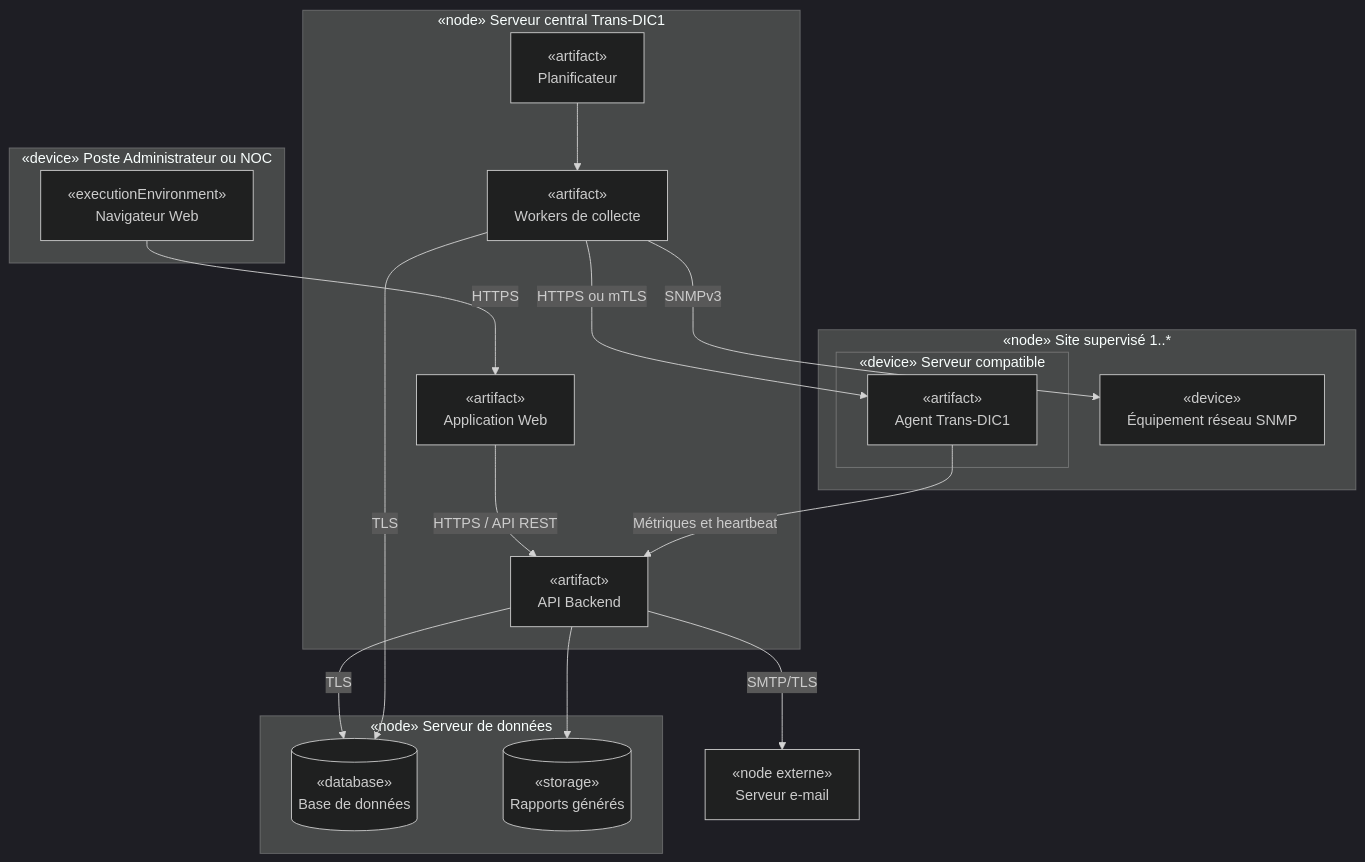
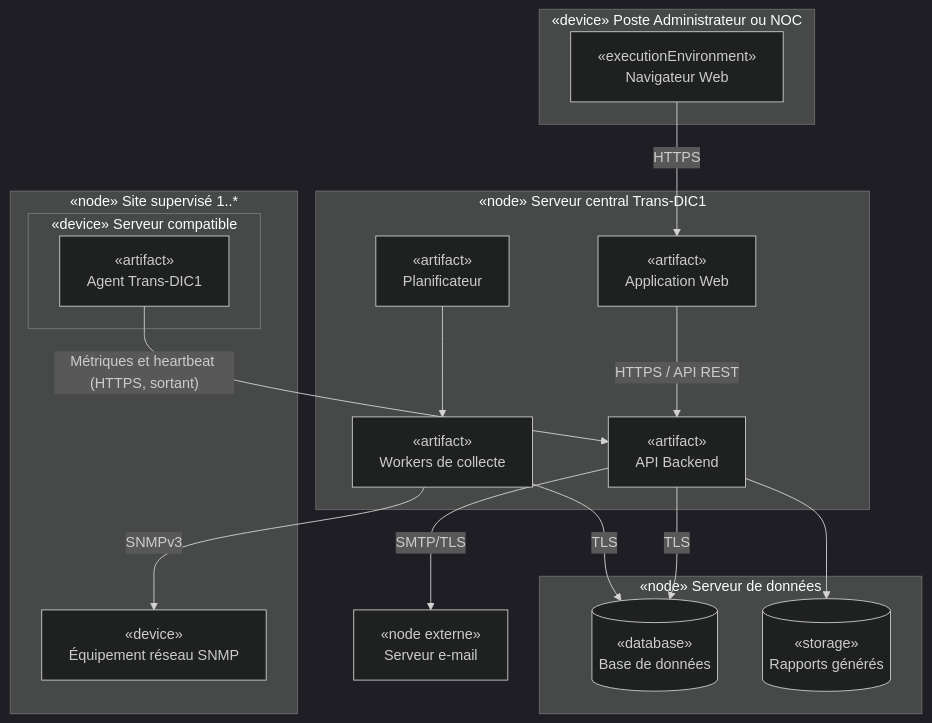
The diagram in docs/architecture/diagrams/07-deployment/trans-dic1-target.mmd (boubacarsidibe/Trans-DIC1), drawn with Mermaid (dark theme) before and after one commit. The commit also changed 19 other files, not shown here.

First line of the commit message:
docs: ajouter les ADR 0002 à 0006, le dossier d'architecture et aligner les diagrammes

```diff
--- a/docs/architecture/diagrams/07-deployment/trans-dic1-target.mmd
+++ b/docs/architecture/diagrams/07-deployment/trans-dic1-target.mmd
@@ -1,36 +1,35 @@
 flowchart TB
     subgraph CLIENT["«device» Poste Administrateur ou NOC"]
         BROWSER["«executionEnvironment»<br/>Navigateur Web"]
     end
 
     subgraph CENTRAL["«node» Serveur central Trans-DIC1"]
         FRONTEND["«artifact»<br/>Application Web"]
         API["«artifact»<br/>API Backend"]
         WORKER["«artifact»<br/>Workers de collecte"]
         SCHEDULER["«artifact»<br/>Planificateur"]
     end
 
     subgraph DATA["«node» Serveur de données"]
         DATABASE[("«database»<br/>Base de données")]
         REPORT_STORAGE[("«storage»<br/>Rapports générés")]
     end
 
     subgraph SITE["«node» Site supervisé 1..*"]
         subgraph HOST["«device» Serveur compatible"]
             AGENT["«artifact»<br/>Agent Trans-DIC1"]
         end
         SNMP_DEVICE["«device»<br/>Équipement réseau SNMP"]
     end
 
     SMTP["«node externe»<br/>Serveur e-mail"]
 
     BROWSER -- HTTPS --> FRONTEND
     FRONTEND -- "HTTPS / API REST" --> API
     API -- TLS --> DATABASE
     API --> REPORT_STORAGE
     SCHEDULER --> WORKER
     WORKER -- TLS --> DATABASE
-    WORKER -- "HTTPS ou mTLS" --> AGENT
     WORKER -- SNMPv3 --> SNMP_DEVICE
-    AGENT -- "Métriques et heartbeat" --> API
+    AGENT -- "Métriques et heartbeat (HTTPS, sortant)" --> API
     API -- "SMTP/TLS" --> SMTP
```
